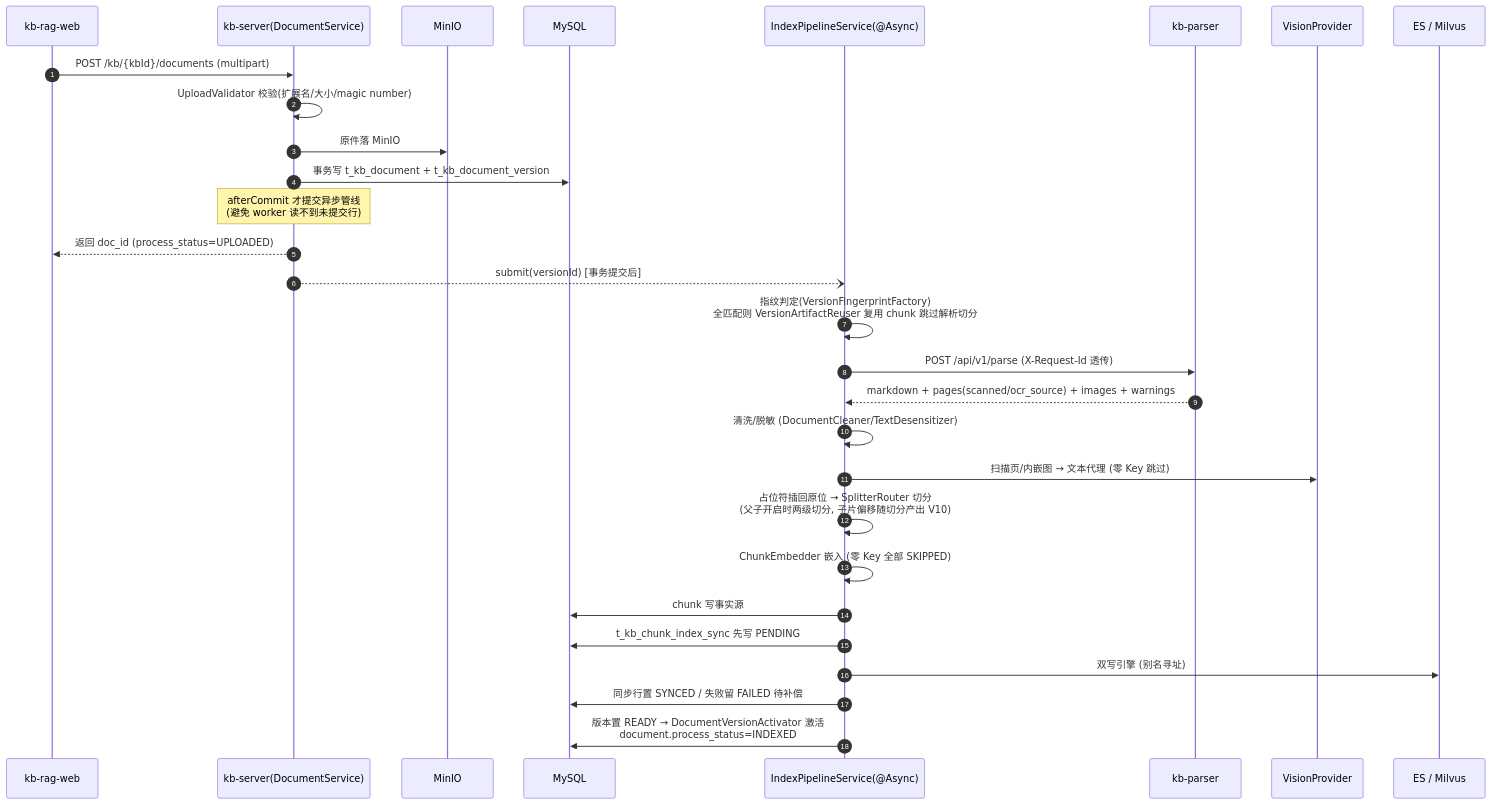
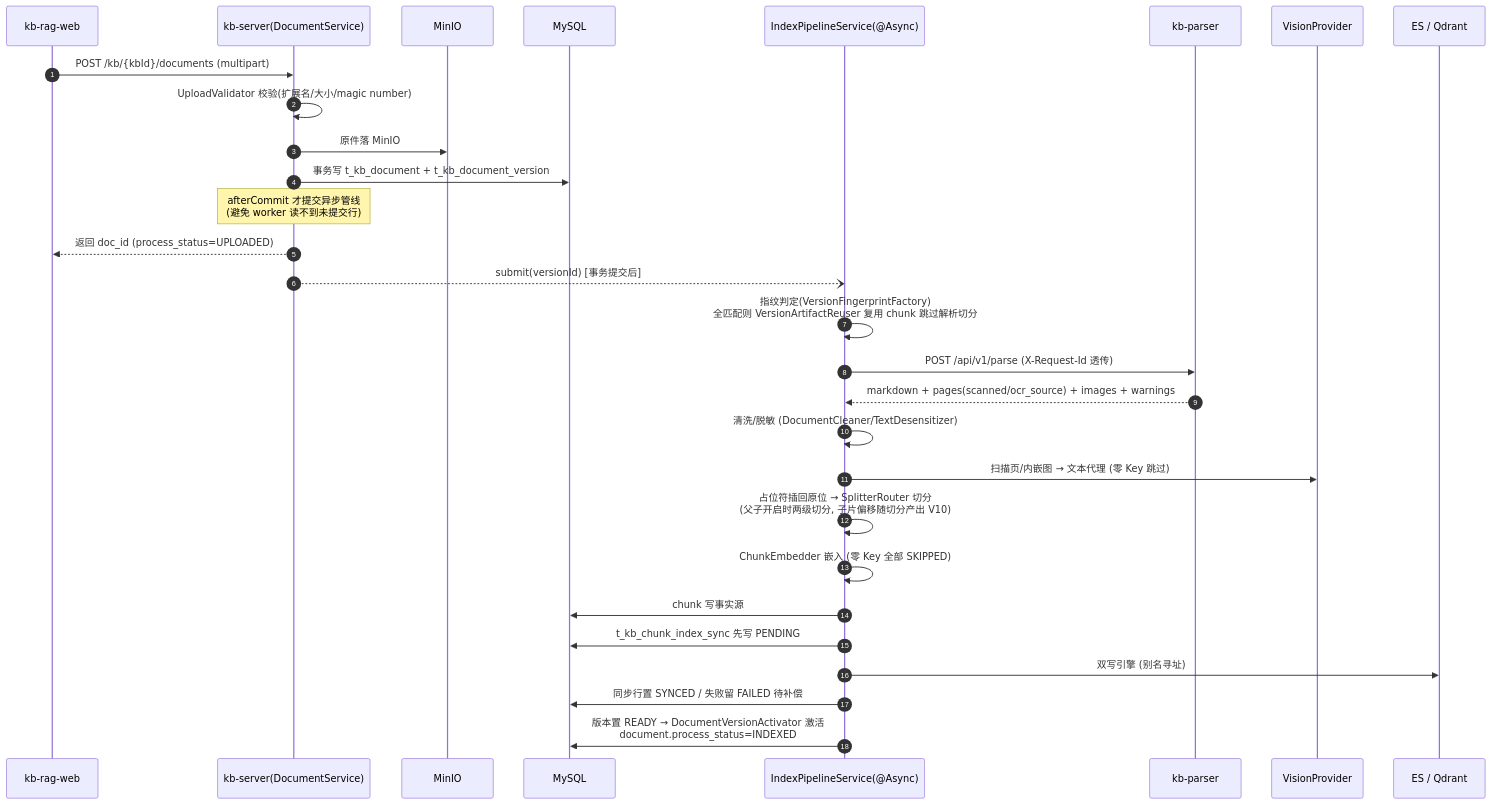
One commit to liulangjietou/kb-rag changed the first of 14 diagrams in kb-rag-deploy/docs/FLOWS.md. Above: the diagram before and after it, drawn with Mermaid. The commit also changed other lines of this file and 55 other files, not shown here.

First line of the commit message:
feat(vector): 向量引擎由 Milvus 换为 Qdrant

````diff
--- a/kb-rag-deploy/docs/FLOWS.md
+++ b/kb-rag-deploy/docs/FLOWS.md
@@ -15,32 +15,32 @@
 ```mermaid
 sequenceDiagram
     autonumber
     participant W as kb-rag-web
     participant S as kb-server(DocumentService)
     participant M as MinIO
     participant DB as MySQL
     participant P as IndexPipelineService(@Async)
     participant PA as kb-parser
     participant V as VisionProvider
-    participant E as ES / Milvus
+    participant E as ES / Qdrant
 
     W->>S: POST /kb/{kbId}/documents (multipart)
     S->>S: UploadValidator 校验(扩展名/大小/magic number)
     S->>M: 原件落 MinIO
     S->>DB: 事务写 t_kb_document + t_kb_document_version
     Note over S: afterCommit 才提交异步管线<br/>(避免 worker 读不到未提交行)
     S-->>W: 返回 doc_id (process_status=UPLOADED)
     S--)P: submit(versionId) [事务提交后]
     P->>P: 指纹判定(VersionFingerprintFactory)<br/>全匹配则 VersionArtifactReuser 复用 chunk 跳过解析切分
     P->>PA: POST /api/v1/parse (X-Request-Id 透传)
     PA-->>P: markdown + pages(scanned/ocr_source) + images + warnings
     P->>P: 清洗/脱敏 (DocumentCleaner/TextDesensitizer)
     P->>V: 扫描页/内嵌图 → 文本代理 (零 Key 跳过)
     P->>P: 占位符插回原位 → SplitterRouter 切分<br/>(父子开启时两级切分, 子片偏移随切分产出 V10)
     P->>P: ChunkEmbedder 嵌入 (零 Key 全部 SKIPPED)
     P->>DB: chunk 写事实源
     P->>DB: t_kb_chunk_index_sync 先写 PENDING
     P->>E: 双写引擎 (别名寻址)
     P->>DB: 同步行置 SYNCED / 失败留 FAILED 待补偿
     P->>DB: 版本置 READY → DocumentVersionActivator 激活<br/>document.process_status=INDEXED
 ```
````
